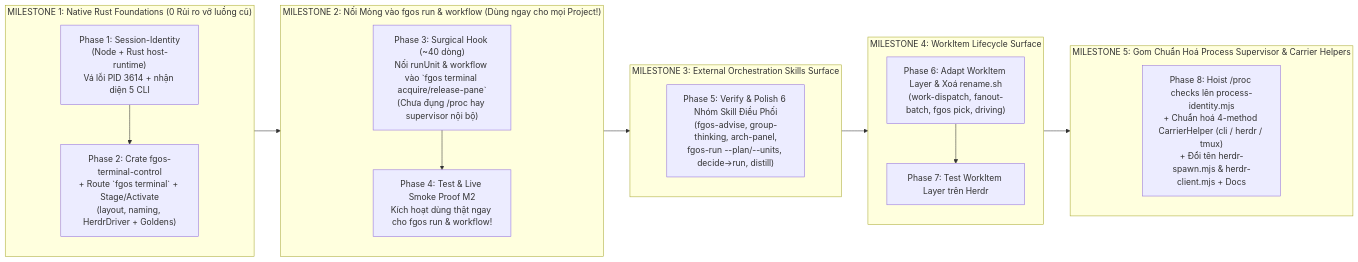
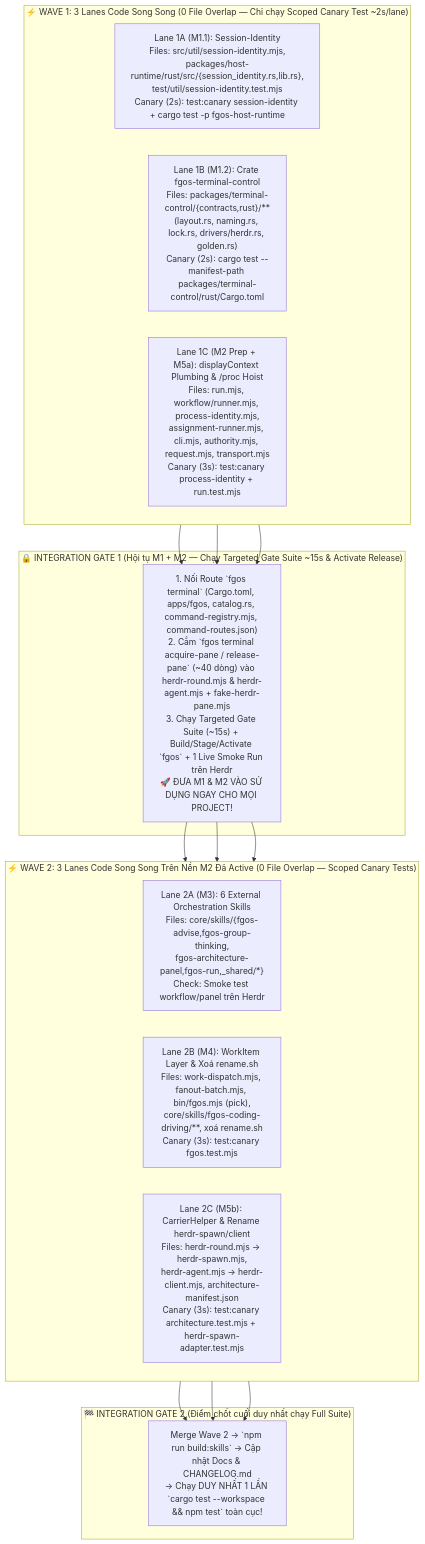
Before and after one commit to vantt/forgent: the third of 3 diagrams in plans/reports/research-261015-1116-herdr-tab-pane-layout-and-naming.md, drawn with Mermaid. The commit also changed other lines of this file, not shown here.

Commit message:
docs(research): design terminal-control, session-identity, and unified process supervisor

````diff
--- a/plans/reports/research-261015-1116-herdr-tab-pane-layout-and-naming.md
+++ b/plans/reports/research-261015-1116-herdr-tab-pane-layout-and-naming.md
@@ -362,30 +360,38 @@
 ```mermaid
-flowchart LR
-    subgraph M1["MILESTONE 1: Native Rust Foundations (0 Rủi ro vỡ luồng cũ)"]
-        P1["Phase 1: Session-Identity\n(Node + Rust host-runtime)\nVá lỗi PID 3614 + nhận diện 5 CLI"]
-        P2["Phase 2: Crate fgos-terminal-control\n+ Route `fgos terminal` + Stage/Activate\n(layout, naming, HerdrDriver + Goldens)"]
-        P1 --> P2
+flowchart TB
+    subgraph W1["⚡ WAVE 1: 3 Lanes Code Song Song (0 File Overlap — Chỉ chạy Scoped Canary Test ~2s/lane)"]
+        direction LR
+        L1A["Lane 1A (M1.1): Session-Identity\nFiles: src/util/session-identity.mjs,\npackages/host-runtime/rust/src/{session_identity.rs,lib.rs},\ntest/util/session-identity.test.mjs\nCanary (2s): test:canary session-identity + cargo test -p fgos-host-runtime"]
+        
+        L1B["Lane 1B (M1.2): Crate fgos-terminal-control\nFiles: packages/terminal-control/{contracts,rust}/**\n(layout.rs, naming.rs, lock.rs, drivers/herdr.rs, golden.rs)\nCanary (2s): cargo test --manifest-path packages/terminal-control/rust/Cargo.toml"]
+        
+        L1C["Lane 1C (M2 Prep + M5a): displayContext Plumbing & /proc Hoist\nFiles: run.mjs, workflow/runner.mjs, process-identity.mjs,\nassignment-runner.mjs, cli.mjs, authority.mjs, request.mjs, transport.mjs\nCanary (3s): test:canary process-identity + run.test.mjs"]
     end
 
-    subgraph M2["MILESTONE 2: Nối Mỏng vào fgos run & workflow (Dùng ngay cho mọi Project!)"]
-        P3["Phase 3: Surgical Hook (~40 dòng)\nNối runUnit & workflow vào `fgos terminal acquire/release-pane`\n(Chưa đụng /proc hay supervisor nội bộ)"]
-        P4["Phase 4: Test & Live Smoke Proof M2\nKích hoạt dùng thật ngay cho fgos run & workflow!"]
-        P3 --> P4
+    subgraph G1["🔒 INTEGRATION GATE 1 (Hội tụ M1 + M2 — Chạy Targeted Gate Suite ~15s & Activate Release)"]
+        IG1["1. Nối Route `fgos terminal` (Cargo.toml, apps/fgos, catalog.rs, command-registry.mjs, command-routes.json)\n2. Cắm `fgos terminal acquire-pane / release-pane` (~40 dòng) vào herdr-round.mjs & herdr-agent.mjs + fake-herdr-pane.mjs\n3. Chạy Targeted Gate Suite (~15s) + Build/Stage/Activate `fgos` + 1 Live Smoke Run trên Herdr\n🚀 ĐƯA M1 & M2 VÀO SỬ DỤNG NGAY CHO MỌI PROJECT!"]
     end
 
-    subgraph M3["MILESTONE 3: External Orchestration Skills Surface"]
-        P5["Phase 5: Verify & Polish 6 Nhóm Skill Điều Phối\n(fgos-advise, group-thinking, arch-panel,\nfgos-run --plan/--units, decide->run, distill)"]
+    subgraph W2["⚡ WAVE 2: 3 Lanes Code Song Song Trên Nền M2 Đã Active (0 File Overlap — Scoped Canary Tests)"]
+        direction LR
+        L2A["Lane 2A (M3): 6 External Orchestration Skills\nFiles: core/skills/{fgos-advise,fgos-group-thinking,\nfgos-architecture-panel,fgos-run,_shared/*}\nCheck: Smoke test workflow/panel trên Herdr"]
+        
+        L2B["Lane 2B (M4): WorkItem Layer & Xoá rename.sh\nFiles: work-dispatch.mjs, fanout-batch.mjs, bin/fgos.mjs (pick),\ncore/skills/fgos-coding-driving/**, xoá rename.sh\nCanary (3s): test:canary fgos.test.mjs"]
+        
+        L2C["Lane 2C (M5b): CarrierHelper & Rename herdr-spawn/client\nFiles: herdr-round.mjs -> herdr-spawn.mjs,\nherdr-agent.mjs -> herdr-client.mjs, architecture-manifest.json\nCanary (3s): test:canary architecture.test.mjs + herdr-spawn-adapter.test.mjs"]
     end
 
-    subgraph M4["MILESTONE 4: WorkItem Lifecycle Surface"]
-        P6["Phase 6: Adapt WorkItem Layer & Xoá rename.sh\n(work-dispatch, fanout-batch, fgos pick, driving)"]
-        P7["Phase 7: Test WorkItem Layer trên Herdr"]
-        P6 --> P7
+    subgraph G2["🏁 INTEGRATION GATE 2 (Điểm chốt cuối duy nhất chạy Full Suite)"]
+        IG2["Merge Wave 2 -> `npm run build:skills` -> Cập nhật Docs & CHANGELOG.md\n-> Chạy DUY NHẤT 1 LẦN `cargo test --workspace && npm test` toàn cục!"]
     end
 
-    subgraph M5["MILESTONE 5: Gom Chuẩn Hoá Process Supervisor & Carrier Helpers"]
-        P8["Phase 8: Hoist /proc checks lên process-identity.mjs\n+ Chuẩn hoá 4-method CarrierHelper (cli / herdr / tmux)\n+ Đổi tên herdr-spawn.mjs & herdr-client.mjs + Docs"]
-    end
-
-    M1 --> M2 --> M3 --> M4 --> M5
+    L1A --> IG1
+    L1B --> IG1
+    L1C --> IG1
+    IG1 --> L2A
+    IG1 --> L2B
+    IG1 --> L2C
+    L2A --> IG2
+    L2B --> IG2
+    L2C --> IG2
 ```
````
